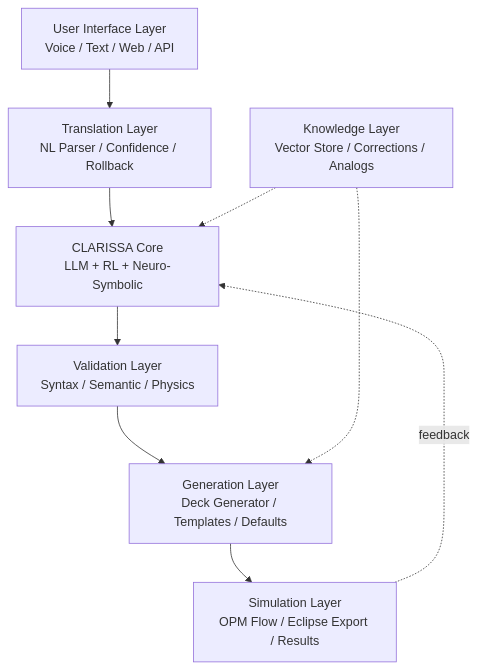
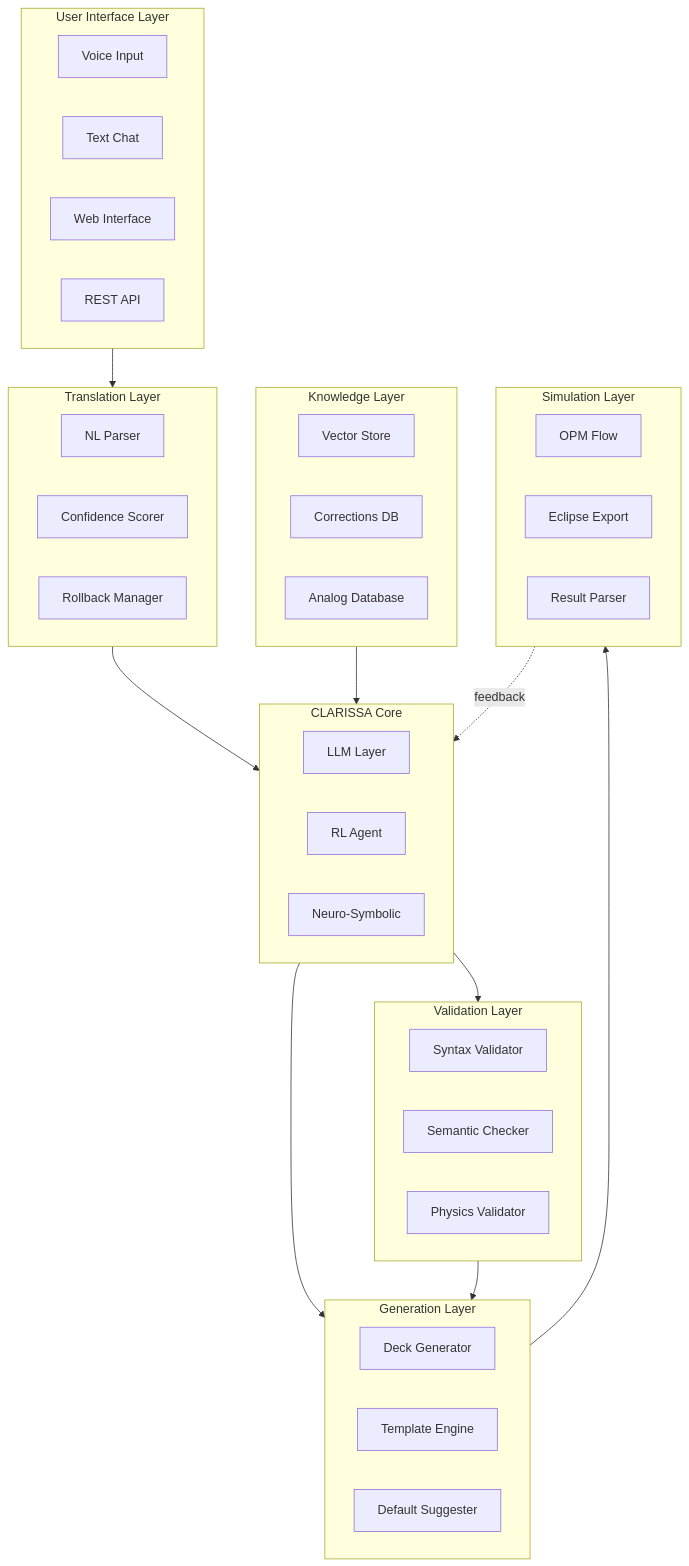
Before and after one commit to wolfram-laube/clarissa: the first of 6 diagrams in conference/spe-europe-2026/sources/wolfram/abstract-merged.md, drawn with Mermaid. The commit also changed other lines of this file, not shown here.

Commit message:
fix: simplify mermaid diagrams - remove emojis and br tags for proper rendering

````diff
--- a/conference/spe-europe-2026/sources/wolfram/abstract-merged.md
+++ b/conference/spe-europe-2026/sources/wolfram/abstract-merged.md
@@ -44,15 +44,54 @@
 ```mermaid
 flowchart TB
-    UI[User Interface Layer<br/>Voice / Text / Web / API]
-    TR[Translation Layer<br/>NL Parser / Confidence / Rollback]
-    CO[CLARISSA Core<br/>LLM + RL + Neuro-Symbolic]
-    VA[Validation Layer<br/>Syntax / Semantic / Physics]
-    GE[Generation Layer<br/>Deck Generator / Templates / Defaults]
-    KB[Knowledge Layer<br/>Vector Store / Corrections / Analogs]
-    SI[Simulation Layer<br/>OPM Flow / Eclipse Export / Results]
+    subgraph USER["User Interface Layer"]
+        VOICE["Voice Input"]
+        TEXT["Text Chat"]
+        WEB["Web Interface"]
+        API["REST API"]
+    end
 
-    UI --> TR --> CO --> VA --> GE --> SI
-    KB -.-> CO
-    KB -.-> GE
-    SI -.->|feedback| CO
+    subgraph TRANSLATION["Translation Layer"]
+        NLP["NL Parser"]
+        CONF["Confidence Scorer"]
+        ROLL["Rollback Manager"]
+    end
+
+    subgraph KNOWLEDGE["Knowledge Layer"]
+        VS["Vector Store"]
+        CDB["Corrections DB"]
+        ANALOG["Analog Database"]
+    end
+
+    subgraph CORE["CLARISSA Core"]
+        LLM["LLM Layer"]
+        RL["RL Agent"]
+        NS["Neuro-Symbolic"]
+    end
+
+    subgraph VALIDATION["Validation Layer"]
+        SYN["Syntax Validator"]
+        SEM["Semantic Checker"]
+        PHYS["Physics Validator"]
+    end
+
+    subgraph GENERATION["Generation Layer"]
+        DECK["Deck Generator"]
+        TMPL["Template Engine"]
+        DEF["Default Suggester"]
+    end
+
+    subgraph SIMULATION["Simulation Layer"]
+        OPM["OPM Flow"]
+        ECL["Eclipse Export"]
+        RES["Result Parser"]
+    end
+
+    USER --> TRANSLATION
+    TRANSLATION --> CORE
+    KNOWLEDGE --> CORE
+    CORE --> VALIDATION
+    CORE --> GENERATION
+    VALIDATION --> GENERATION
+    GENERATION --> SIMULATION
+    SIMULATION -.->|feedback| CORE
 ```
````
